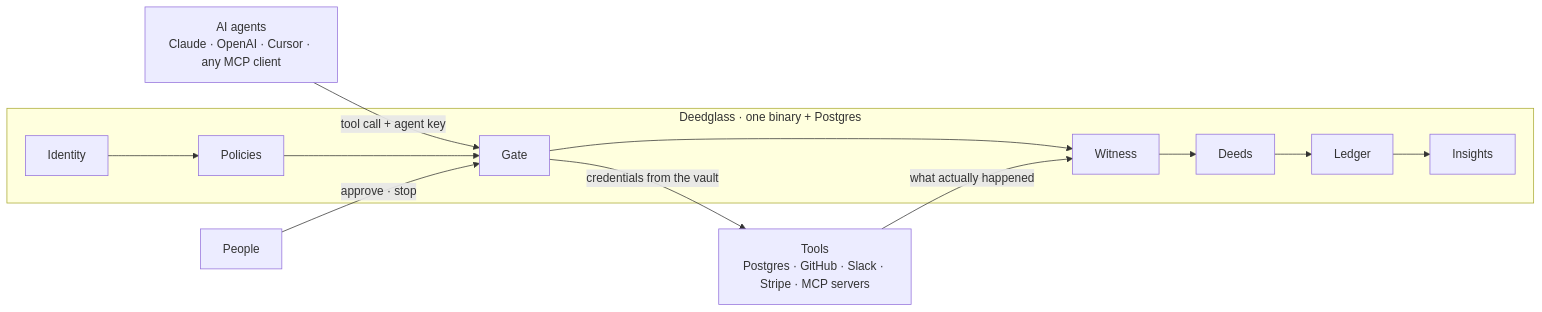
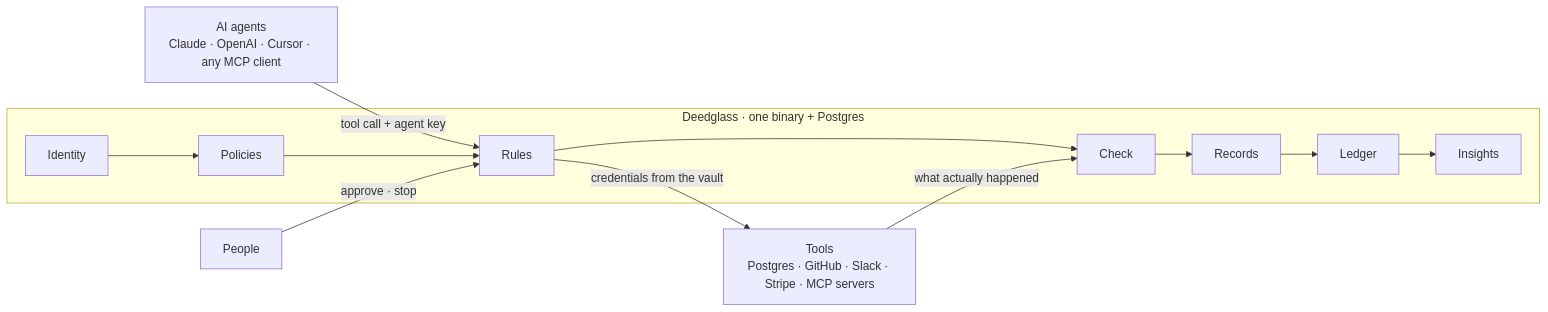
The diagram in README.md (deedglass/deedglass), drawn with Mermaid before and after one commit. The commit also changed other lines of this file and 200 other files, not shown here.

````diff
--- a/README.md
+++ b/README.md
@@ -49,11 +49,11 @@
 ```mermaid
 flowchart LR
   A["AI agents<br/>Claude · OpenAI · Cursor · any MCP client"] -->|tool call + agent key| G
   subgraph D["Deedglass · one binary + Postgres"]
-    I[Identity] --> P[Policies] --> G[Gate]
-    G --> W[Witness] --> S[Deeds] --> L[Ledger] --> N[Insights]
+    I[Identity] --> P[Policies] --> G[Rules]
+    G --> W[Check] --> S[Records] --> L[Ledger] --> N[Insights]
   end
   G -->|credentials from the vault| T["Tools<br/>Postgres · GitHub · Slack · Stripe · MCP servers"]
   T -->|what actually happened| W
   H[People] -->|approve · stop| G
 ```
````
